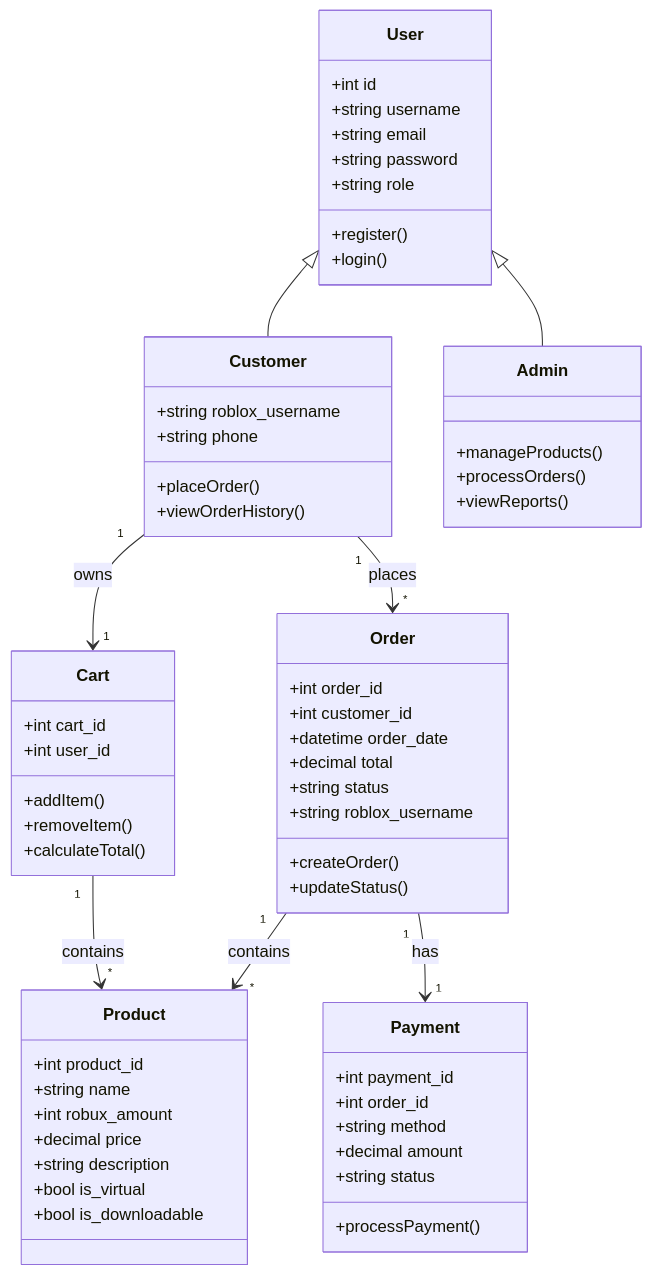
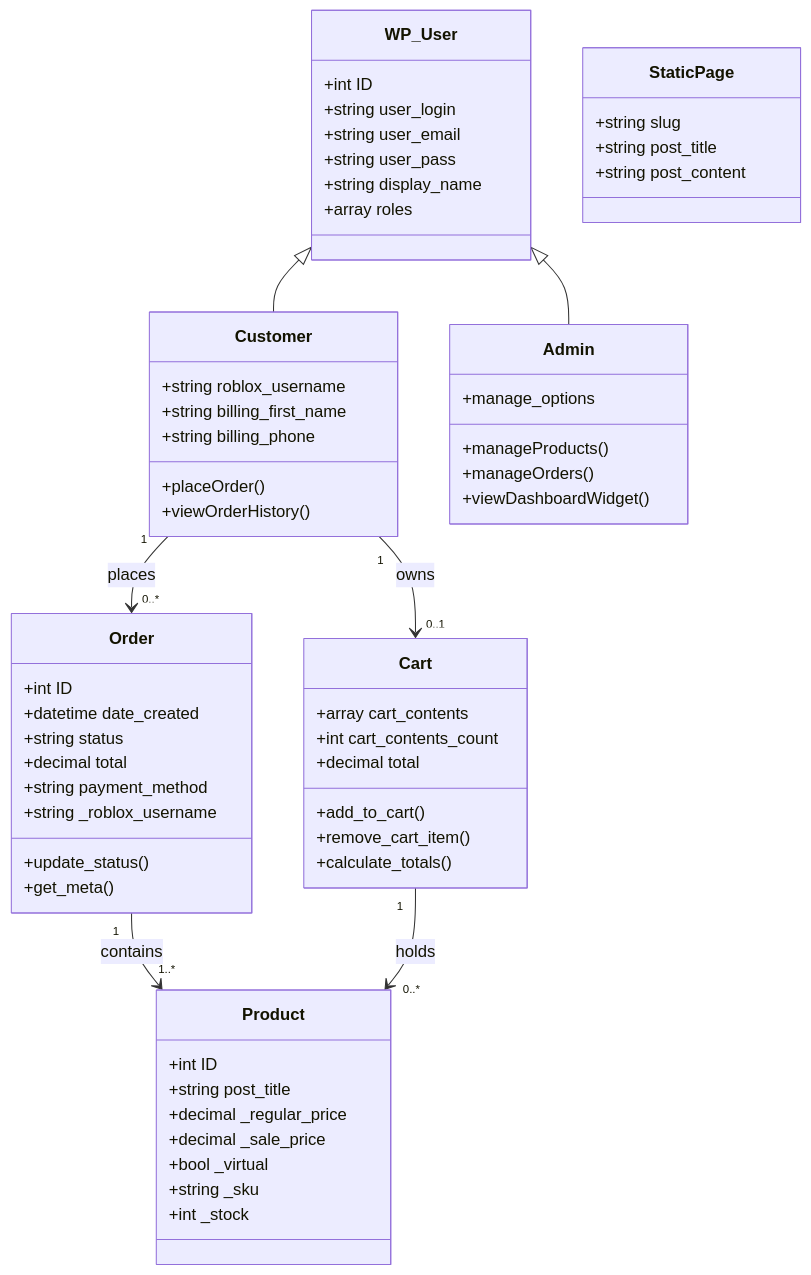
One commit to WahyuNimcoo/skripsi-dyaastore-wahyu changed the third of 5 diagrams in docs/02-perancangan-uml.md. Above: the diagram before and after it, drawn with Mermaid. The commit also changed other lines of this file and 8 other files, not shown here.

````diff
--- a/docs/02-perancangan-uml.md
+++ b/docs/02-perancangan-uml.md
@@ -83,71 +144,69 @@
 ```mermaid
 classDiagram
-    class User {
-        +int id
-        +string username
-        +string email
-        +string password
-        +string role
-        +register()
-        +login()
+    class WP_User {
+        +int ID
+        +string user_login
+        +string user_email
+        +string user_pass
+        +string display_name
+        +array roles
     }
 
     class Customer {
         +string roblox_username
-        +string phone
+        +string billing_first_name
+        +string billing_phone
         +placeOrder()
         +viewOrderHistory()
     }
 
     class Admin {
+        +manage_options
         +manageProducts()
-        +processOrders()
-        +viewReports()
+        +manageOrders()
+        +viewDashboardWidget()
     }
 
     class Product {
-        +int product_id
-        +string name
-        +int robux_amount
-        +decimal price
-        +string description
-        +bool is_virtual
-        +bool is_downloadable
+        +int ID
+        +string post_title
+        +decimal _regular_price
+        +decimal _sale_price
+        +bool _virtual
+        +string _sku
+        +int _stock
     }
 
     class Cart {
-        +int cart_id
-        +int user_id
-        +addItem()
-        +removeItem()
-        +calculateTotal()
+        +array cart_contents
+        +int cart_contents_count
+        +decimal total
+        +add_to_cart()
+        +remove_cart_item()
+        +calculate_totals()
     }
 
     class Order {
-        +int order_id
-        +int customer_id
-        +datetime order_date
+        +int ID
+        +datetime date_created
+        +string status
         +decimal total
-        +string status
-        +string roblox_username
-        +createOrder()
-        +updateStatus()
+        +string payment_method
+        +string _roblox_username
+        +update_status()
+        +get_meta()
     }
 
-    class Payment {
-        +int payment_id
-        +int order_id
-        +string method
-        +decimal amount
-        +string status
-        +processPayment()
+    class StaticPage {
+        +string slug
+        +string post_title
+        +string post_content
     }
 
-    User <|-- Customer
-    User <|-- Admin
-    Customer "1" --> "*" Order : places
-    Order "1" --> "*" Product : contains
-    Order "1" --> "1" Payment : has
-    Customer "1" --> "1" Cart : owns
-    Cart "1" --> "*" Product : contains
+    WP_User <|-- Customer
+    WP_User <|-- Admin
+    Customer "1" --> "0..*" Order : places
+    Order "1" --> "1..*" Product : contains
+    Customer "1" --> "0..1" Cart : owns
+    Cart "1" --> "0..*" Product : holds
 ```
````
